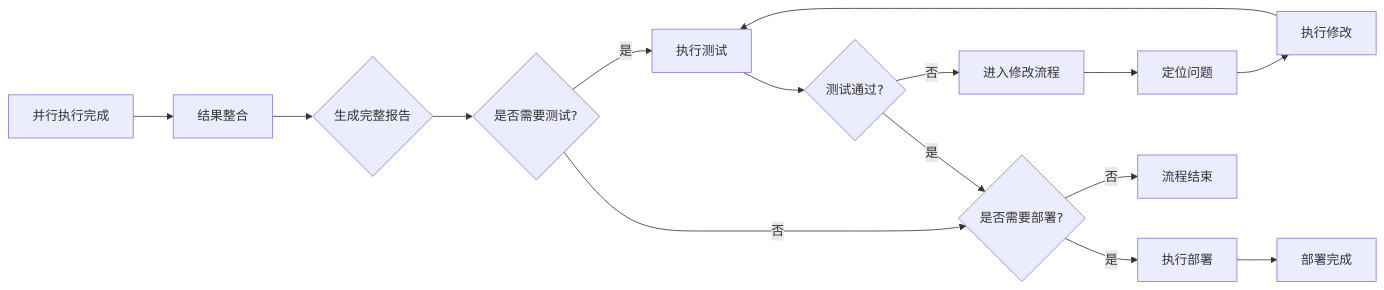
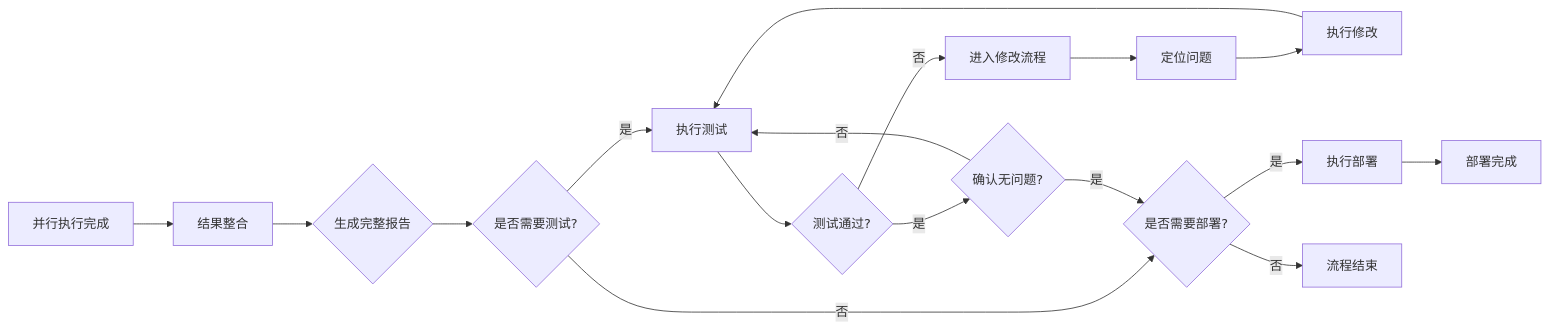
The diagram in skills/result-synthesizer/SKILL.md (XX-Trader/smart-flow), drawn with Mermaid before and after one commit. The commit also changed other lines of this file, not shown here.

````diff
--- a/skills/result-synthesizer/SKILL.md
+++ b/skills/result-synthesizer/SKILL.md
@@ -25,17 +27,19 @@
 ```mermaid
 graph LR
     A[并行执行完成] --> B[结果整合]
     B --> C{生成完整报告}
     C --> D{是否需要测试?}
     D -->|是| E[执行测试]
     D -->|否| F{是否需要部署?}
     E --> G{测试通过?}
-    G -->|是| F
-    G -->|否| H[进入修改流程]
-    H --> I[定位问题]
-    I --> J[执行修改]
-    J --> E
-    F -->|是| K[执行部署]
-    F -->|否| L[流程结束]
-    K --> M[部署完成]
+    G -->|是| H{确认无问题?}
+    G -->|否| I[进入修改流程]
+    I --> J[定位问题]
+    J --> K[执行修改]
+    K --> E
+    H -->|是| F
+    H -->|否| E
+    F -->|是| L[执行部署]
+    F -->|否| M[流程结束]
+    L --> N[部署完成]
 ```
````
